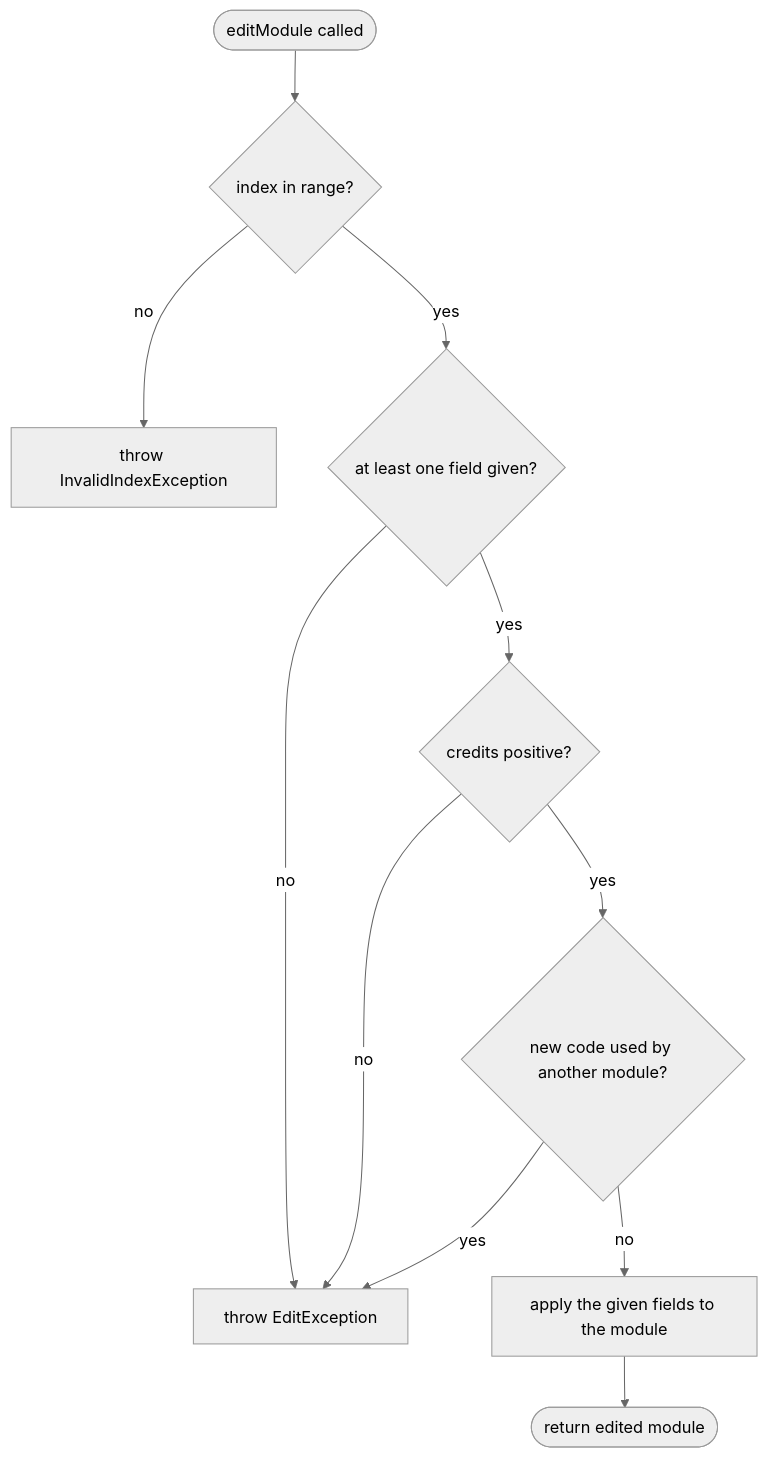
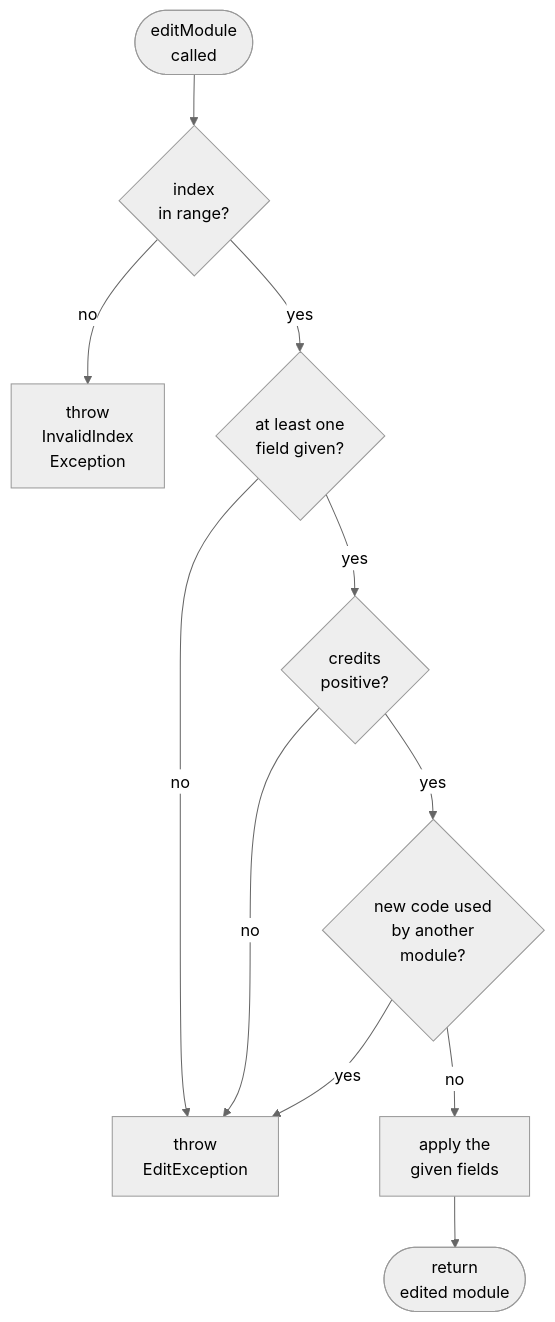
The sixth of 10 diagrams in docs/DeveloperGuide.md (AY2627S1-CS2113-T11-2/tp), drawn with Mermaid (neutral theme) before and after one commit. The commit also changed other lines of this file, not shown here.

Commit message:
Fix diagram notation and layout in the Developer Guide

````diff
--- a/docs/DeveloperGuide.md
+++ b/docs/DeveloperGuide.md
@@ -284,13 +286,13 @@
 ```mermaid
 flowchart TD
-    A([editModule called]) --> B{index in range?}
-    B -- no --> X1[throw InvalidIndexException]
-    B -- yes --> C{at least one field given?}
-    C -- no --> X2[throw EditException]
-    C -- yes --> D{credits positive?}
-    D -- no --> X2
-    D -- yes --> E{new code used by another module?}
-    E -- yes --> X2
-    E -- no --> F[apply the given fields to the module]
-    F --> G([return edited module])
+  A([editModule<br/>called]) --> B{index<br/>in range?}
+  B -- no --> X1[throw<br/>InvalidIndex<br/>Exception]
+  B -- yes --> C{at least one<br/>field given?}
+  C -- no --> X2[throw<br/>EditException]
+  C -- yes --> D{credits<br/>positive?}
+  D -- no --> X2
+  D -- yes --> E{new code used<br/>by another<br/>module?}
+  E -- yes --> X2
+  E -- no --> F[apply the<br/>given fields]
+  F --> G([return<br/>edited module])
 ```
````
